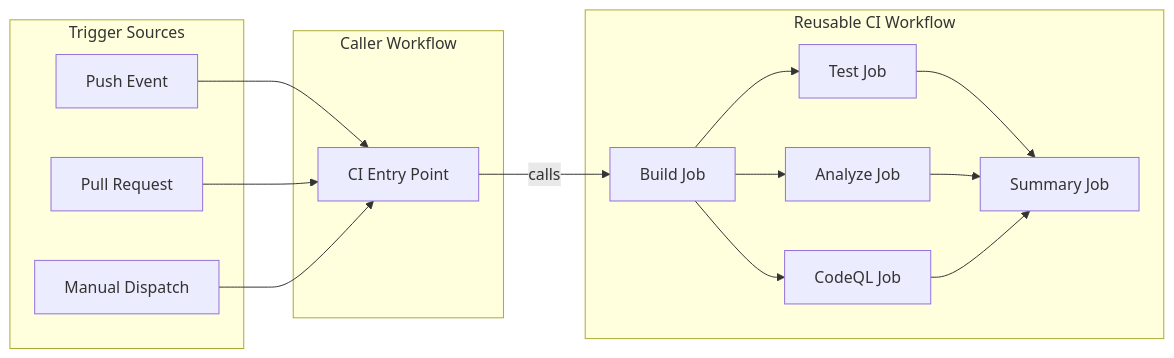
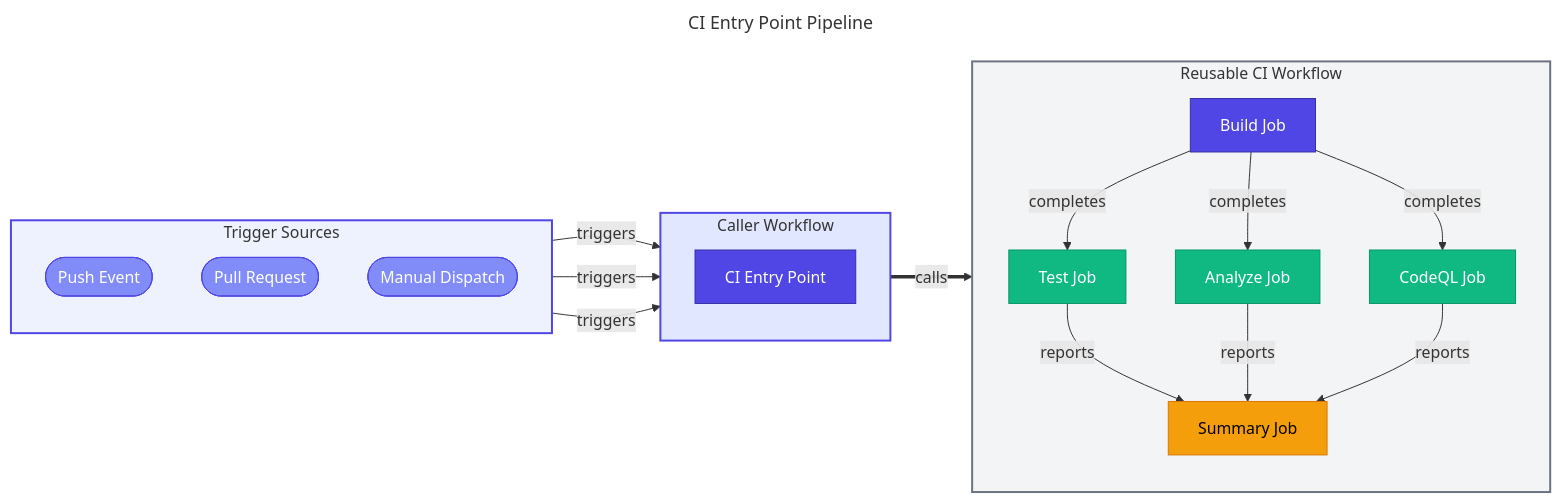
The diagram in docs/devops/ci-dotnet.md (Evilazaro/Azure-LogicApps-Monitoring), drawn with Mermaid before and after one commit. The commit also changed 3 other files, not shown here.

Commit message:
docs: Update DevOps documentation with enhanced Mermaid diagrams for CI/CD workflows

````diff
--- a/docs/devops/ci-dotnet.md
+++ b/docs/devops/ci-dotnet.md
@@ -93,31 +93,57 @@
 ```mermaid
+---
+title: CI Entry Point Pipeline
+---
 flowchart LR
+    %% ===== TRIGGER SOURCES =====
     subgraph triggers["Trigger Sources"]
-        push["Push Event"]
-        pr["Pull Request"]
-        manual["Manual Dispatch"]
+        direction TB
+        push(["Push Event"]):::trigger
+        pr(["Pull Request"]):::trigger
+        manual(["Manual Dispatch"]):::trigger
     end
 
+    %% ===== CALLER WORKFLOW =====
     subgraph caller["Caller Workflow"]
-        ci_entry["CI Entry Point"]
+        direction TB
+        ciEntry["CI Entry Point"]:::primary
     end
 
+    %% ===== REUSABLE CI WORKFLOW =====
     subgraph reusable["Reusable CI Workflow"]
-        build["Build Job"]
-        test["Test Job"]
-        analyze["Analyze Job"]
-        codeql["CodeQL Job"]
-        summary["Summary Job"]
+        direction TB
+        build["Build Job"]:::primary
+        test["Test Job"]:::secondary
+        analyze["Analyze Job"]:::secondary
+        codeql["CodeQL Job"]:::secondary
+        summary["Summary Job"]:::datastore
     end
 
-    push --> ci_entry
-    pr --> ci_entry
-    manual --> ci_entry
-    ci_entry -->|calls| build
-    build --> test
-    build --> analyze
-    build --> codeql
-    test --> summary
-    analyze --> summary
-    codeql --> summary
+    %% ===== CONNECTIONS =====
+    push -->|triggers| ciEntry
+    pr -->|triggers| ciEntry
+    manual -->|triggers| ciEntry
+    ciEntry ==>|calls| build
+    build -->|completes| test
+    build -->|completes| analyze
+    build -->|completes| codeql
+    test -->|reports| summary
+    analyze -->|reports| summary
+    codeql -->|reports| summary
+
+    %% ===== NODE STYLES =====
+    classDef primary fill:#4F46E5,stroke:#3730A3,color:#FFFFFF
+    classDef secondary fill:#10B981,stroke:#059669,color:#FFFFFF
+    classDef datastore fill:#F59E0B,stroke:#D97706,color:#000000
+    classDef external fill:#6B7280,stroke:#4B5563,color:#FFFFFF,stroke-dasharray:5 5
+    classDef failed fill:#F44336,stroke:#C62828,color:#FFFFFF
+    classDef trigger fill:#818CF8,stroke:#4F46E5,color:#FFFFFF
+    classDef decision fill:#FFFBEB,stroke:#F59E0B,color:#000000
+    classDef input fill:#F3F4F6,stroke:#6B7280,color:#000000
+    classDef matrix fill:#D1FAE5,stroke:#10B981,color:#000000
+
+    %% ===== SUBGRAPH STYLES =====
+    style triggers fill:#EEF2FF,stroke:#4F46E5,stroke-width:2px
+    style caller fill:#E0E7FF,stroke:#4F46E5,stroke-width:2px
+    style reusable fill:#F3F4F6,stroke:#6B7280,stroke-width:2px
 ```
````
